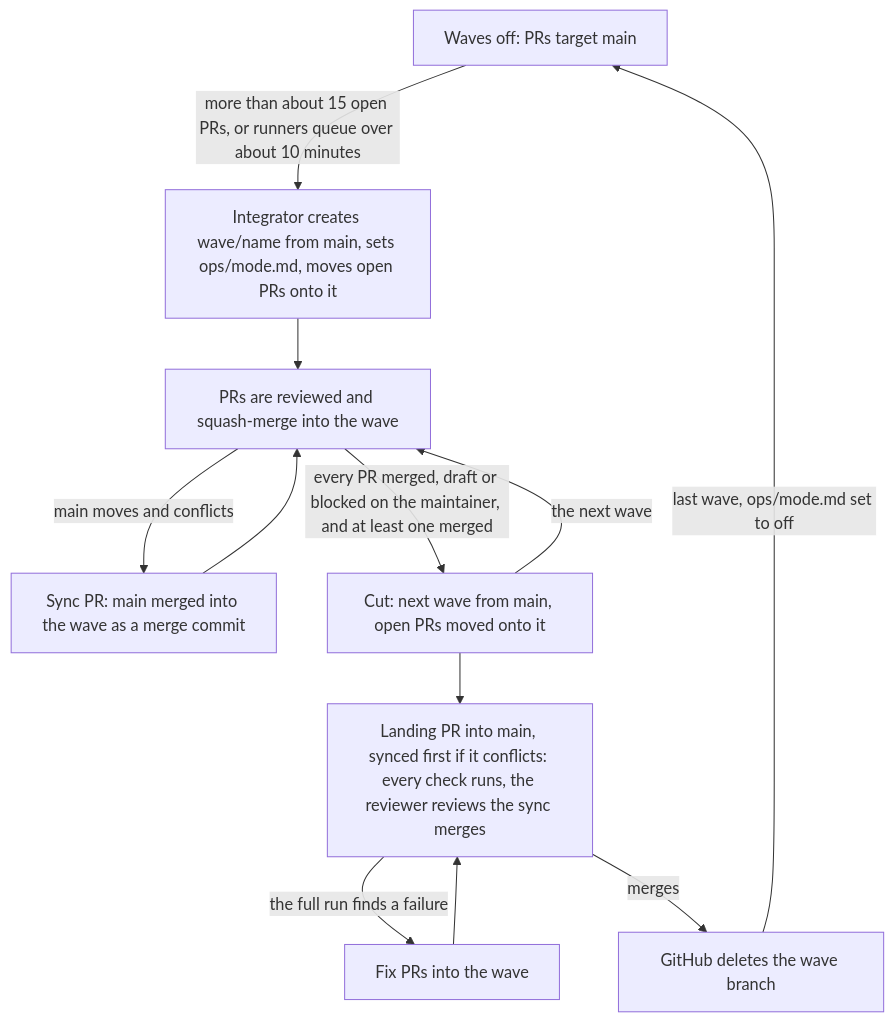
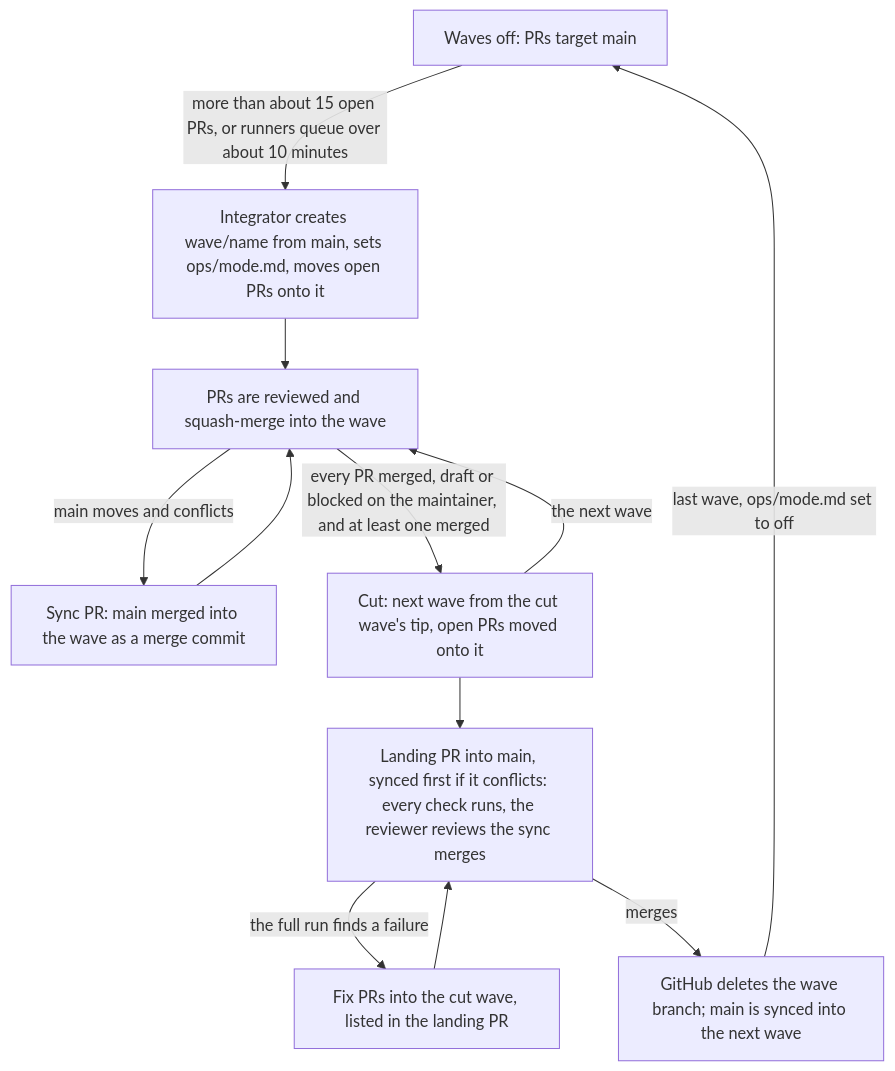
The diagram in docs/runbooks/waves.md (jeffmhopkins/template), drawn with Mermaid before and after one commit. The commit also changed other lines of this file and 7 other files, not shown here.

````diff
--- a/docs/runbooks/waves.md
+++ b/docs/runbooks/waves.md
@@ -19,14 +19,14 @@
 ```mermaid
 flowchart TD
     off["Waves off: PRs target main"] -->|"more than about 15 open PRs, or runners queue over about 10 minutes"| create["Integrator creates wave/name from main, sets ops/mode.md, moves open PRs onto it"]
     create --> live["PRs are reviewed and squash-merge into the wave"]
     live -->|"main moves and conflicts"| sync["Sync PR: main merged into the wave as a merge commit"]
     sync --> live
-    live -->|"every PR merged, draft or blocked on the maintainer, and at least one merged"| cut["Cut: next wave from main, open PRs moved onto it"]
+    live -->|"every PR merged, draft or blocked on the maintainer, and at least one merged"| cut["Cut: next wave from the cut wave's tip, open PRs moved onto it"]
     cut -->|"the next wave"| live
     cut --> land["Landing PR into main, synced first if it conflicts: every check runs, the reviewer reviews the sync merges"]
-    land -->|"the full run finds a failure"| fix["Fix PRs into the wave"]
+    land -->|"the full run finds a failure"| fix["Fix PRs into the cut wave, listed in the landing PR"]
     fix --> land
-    land -->|"merges"| gone["GitHub deletes the wave branch"]
+    land -->|"merges"| gone["GitHub deletes the wave branch; main is synced into the next wave"]
     gone -->|"last wave, ops/mode.md set to off"| off
 ```
````
